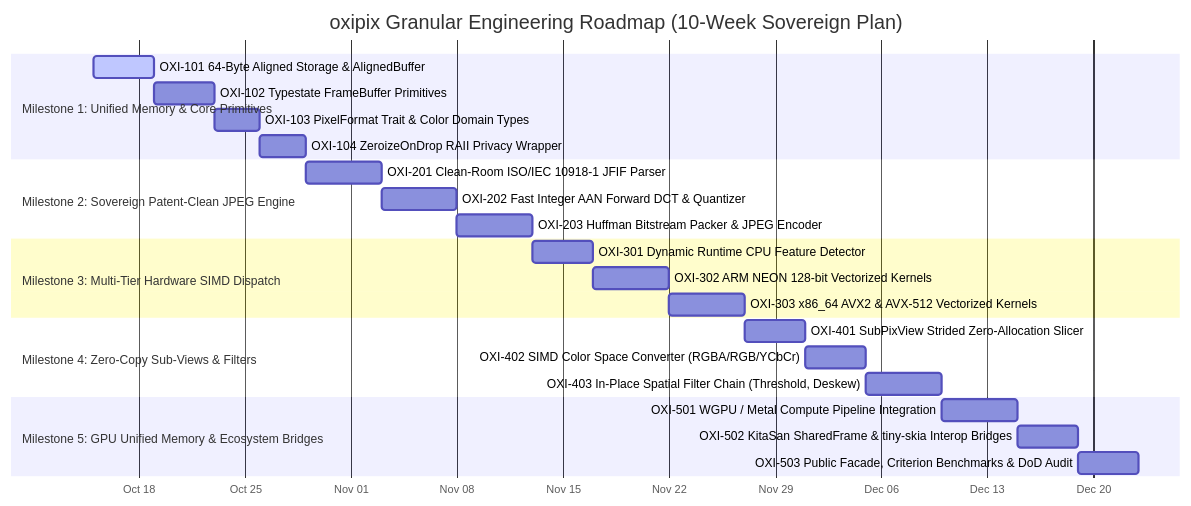
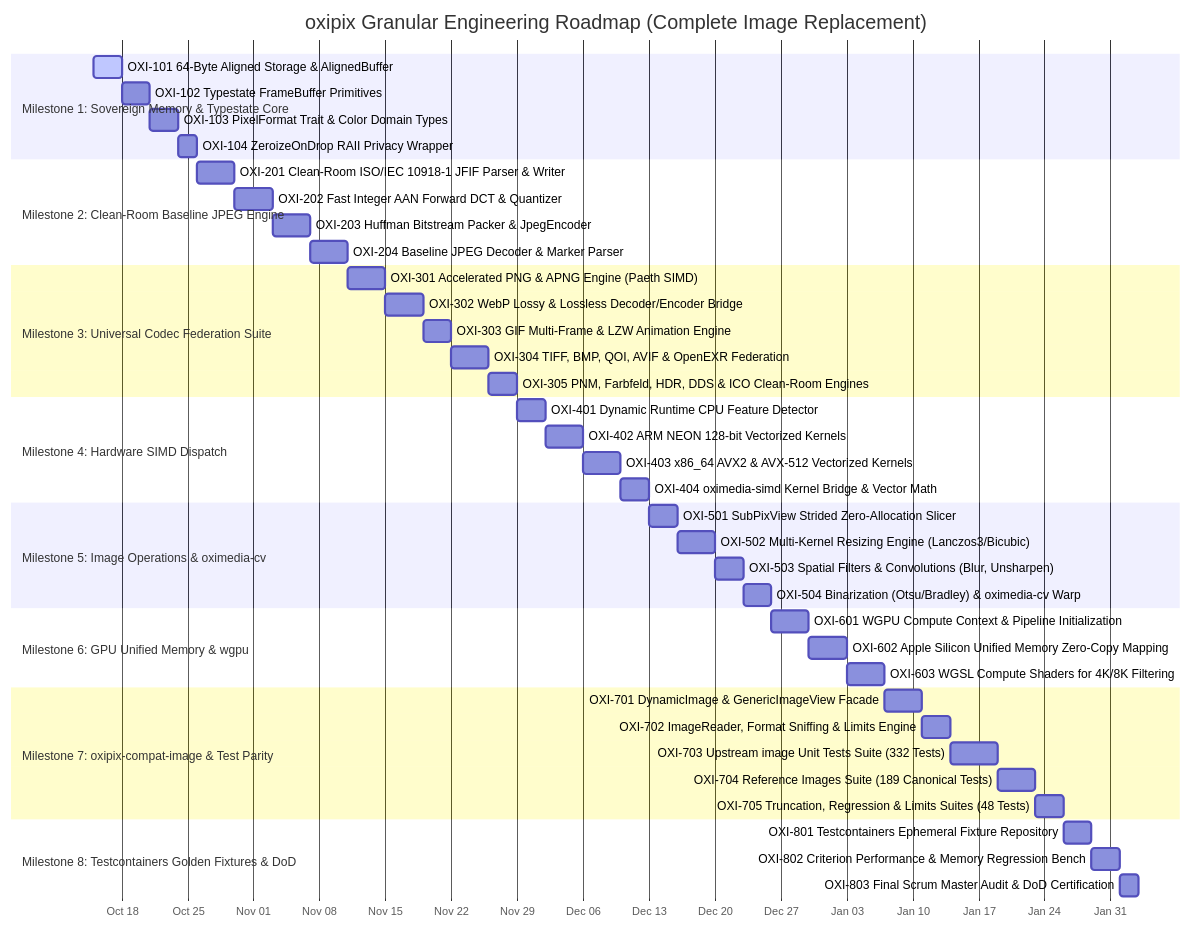
One commit to yasuomaidana/oxipix changed the diagram in docs/03_ROADMAP_AND_MILESTONES.md. Above: the diagram before and after it, drawn with Mermaid. The commit also changed other lines of this file and 6 other files, not shown here.

````diff
--- a/docs/03_ROADMAP_AND_MILESTONES.md
+++ b/docs/03_ROADMAP_AND_MILESTONES.md
@@ -17,32 +18,54 @@
 ```mermaid
 gantt
-    title oxipix Granular Engineering Roadmap (10-Week Sovereign Plan)
+    title oxipix Granular Engineering Roadmap (Complete Image Replacement)
     dateFormat  YYYY-MM-DD
     axisFormat %b %d
 
-    section Milestone 1: Unified Memory & Core Primitives
-    OXI-101 64-Byte Aligned Storage & AlignedBuffer           :active, m1_1, 2026-10-15, 4d
-    OXI-102 Typestate FrameBuffer Primitives                  :m1_2, after m1_1, 4d
+    section Milestone 1: Sovereign Memory & Typestate Core
+    OXI-101 64-Byte Aligned Storage & AlignedBuffer           :active, m1_1, 2026-10-15, 3d
+    OXI-102 Typestate FrameBuffer Primitives                  :m1_2, after m1_1, 3d
     OXI-103 PixelFormat Trait & Color Domain Types            :m1_3, after m1_2, 3d
-    OXI-104 ZeroizeOnDrop RAII Privacy Wrapper                :m1_4, after m1_3, 3d
+    OXI-104 ZeroizeOnDrop RAII Privacy Wrapper                :m1_4, after m1_3, 2d
 
-    section Milestone 2: Sovereign Patent-Clean JPEG Engine
-    OXI-201 Clean-Room ISO/IEC 10918-1 JFIF Parser            :m2_1, after m1_4, 5d
-    OXI-202 Fast Integer AAN Forward DCT & Quantizer          :m2_2, after m2_1, 5d
-    OXI-203 Huffman Bitstream Packer & JPEG Encoder           :m2_3, after m2_2, 5d
+    section Milestone 2: Clean-Room Baseline JPEG Engine
+    OXI-201 Clean-Room ISO/IEC 10918-1 JFIF Parser & Writer   :m2_1, after m1_4, 4d
+    OXI-202 Fast Integer AAN Forward DCT & Quantizer          :m2_2, after m2_1, 4d
+    OXI-203 Huffman Bitstream Packer & JpegEncoder            :m2_3, after m2_2, 4d
+    OXI-204 Baseline JPEG Decoder & Marker Parser             :m2_4, after m2_3, 4d
 
-    section Milestone 3: Multi-Tier Hardware SIMD Dispatch
-    OXI-301 Dynamic Runtime CPU Feature Detector              :m3_1, after m2_3, 4d
-    OXI-302 ARM NEON 128-bit Vectorized Kernels               :m3_2, after m3_1, 5d
-    OXI-303 x86_64 AVX2 & AVX-512 Vectorized Kernels          :m3_3, after m3_2, 5d
+    section Milestone 3: Universal Codec Federation Suite
+    OXI-301 Accelerated PNG & APNG Engine (Paeth SIMD)        :m3_1, after m2_4, 4d
+    OXI-302 WebP Lossy & Lossless Decoder/Encoder Bridge      :m3_2, after m3_1, 4d
+    OXI-303 GIF Multi-Frame & LZW Animation Engine            :m3_3, after m3_2, 3d
+    OXI-304 TIFF, BMP, QOI, AVIF & OpenEXR Federation         :m3_4, after m3_3, 4d
+    OXI-305 PNM, Farbfeld, HDR, DDS & ICO Clean-Room Engines  :m3_5, after m3_4, 3d
 
-    section Milestone 4: Zero-Copy Sub-Views & Filters
-    OXI-401 SubPixView Strided Zero-Allocation Slicer         :m4_1, after m3_3, 4d
-    OXI-402 SIMD Color Space Converter (RGBA/RGB/YCbCr)       :m4_2, after m4_1, 4d
-    OXI-403 In-Place Spatial Filter Chain (Threshold, Deskew) :m4_3, after m4_2, 5d
+    section Milestone 4: Hardware SIMD Dispatch
+    OXI-401 Dynamic Runtime CPU Feature Detector              :m4_1, after m3_5, 3d
+    OXI-402 ARM NEON 128-bit Vectorized Kernels               :m4_2, after m4_1, 4d
+    OXI-403 x86_64 AVX2 & AVX-512 Vectorized Kernels          :m4_3, after m4_2, 4d
+    OXI-404 oximedia-simd Kernel Bridge & Vector Math         :m4_4, after m4_3, 3d
 
-    section Milestone 5: GPU Unified Memory & Ecosystem Bridges
-    OXI-501 WGPU / Metal Compute Pipeline Integration         :m5_1, after m4_3, 5d
-    OXI-502 KitaSan SharedFrame & tiny-skia Interop Bridges   :m5_2, after m5_1, 4d
-    OXI-503 Public Facade, Criterion Benchmarks & DoD Audit   :m5_3, after m5_2, 4d
+    section Milestone 5: Image Operations & oximedia-cv
+    OXI-501 SubPixView Strided Zero-Allocation Slicer         :m5_1, after m4_4, 3d
+    OXI-502 Multi-Kernel Resizing Engine (Lanczos3/Bicubic)   :m5_2, after m5_1, 4d
+    OXI-503 Spatial Filters & Convolutions (Blur, Unsharpen)  :m5_3, after m5_2, 3d
+    OXI-504 Binarization (Otsu/Bradley) & oximedia-cv Warp    :m5_4, after m5_3, 3d
+
+    section Milestone 6: GPU Unified Memory & wgpu
+    OXI-601 WGPU Compute Context & Pipeline Initialization    :m6_1, after m5_4, 4d
+    OXI-602 Apple Silicon Unified Memory Zero-Copy Mapping    :m6_2, after m6_1, 4d
+    OXI-603 WGSL Compute Shaders for 4K/8K Filtering          :m6_3, after m6_2, 4d
+
+    section Milestone 7: oxipix-compat-image & Test Parity
+    OXI-701 DynamicImage & GenericImageView Facade           :m7_1, after m6_3, 4d
+    OXI-702 ImageReader, Format Sniffing & Limits Engine      :m7_2, after m7_1, 3d
+    OXI-703 Upstream image Unit Tests Suite (332 Tests)       :m7_3, after m7_2, 5d
+    OXI-704 Reference Images Suite (189 Canonical Tests)      :m7_4, after m7_3, 4d
+    OXI-705 Truncation, Regression & Limits Suites (48 Tests) :m7_5, after m7_4, 3d
+
+    section Milestone 8: Testcontainers Golden Fixtures & DoD
+    OXI-801 Testcontainers Ephemeral Fixture Repository       :m8_1, after m7_5, 3d
+    OXI-802 Criterion Performance & Memory Regression Bench   :m8_2, after m8_1, 3d
+    OXI-803 Final Scrum Master Audit & DoD Certification      :m8_3, after m8_2, 2d
 ```
````
